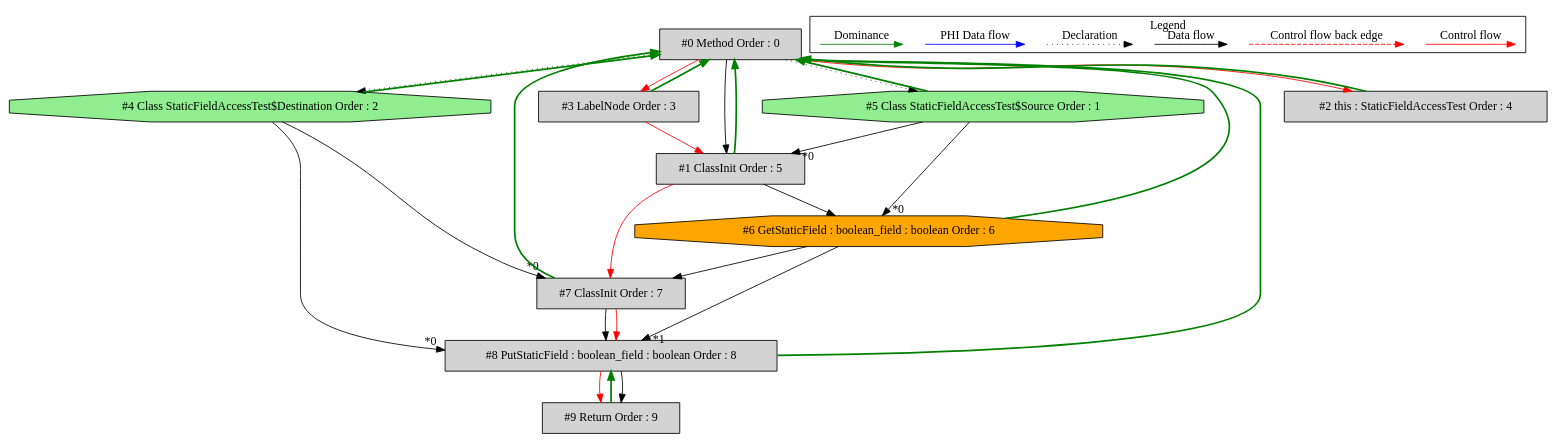
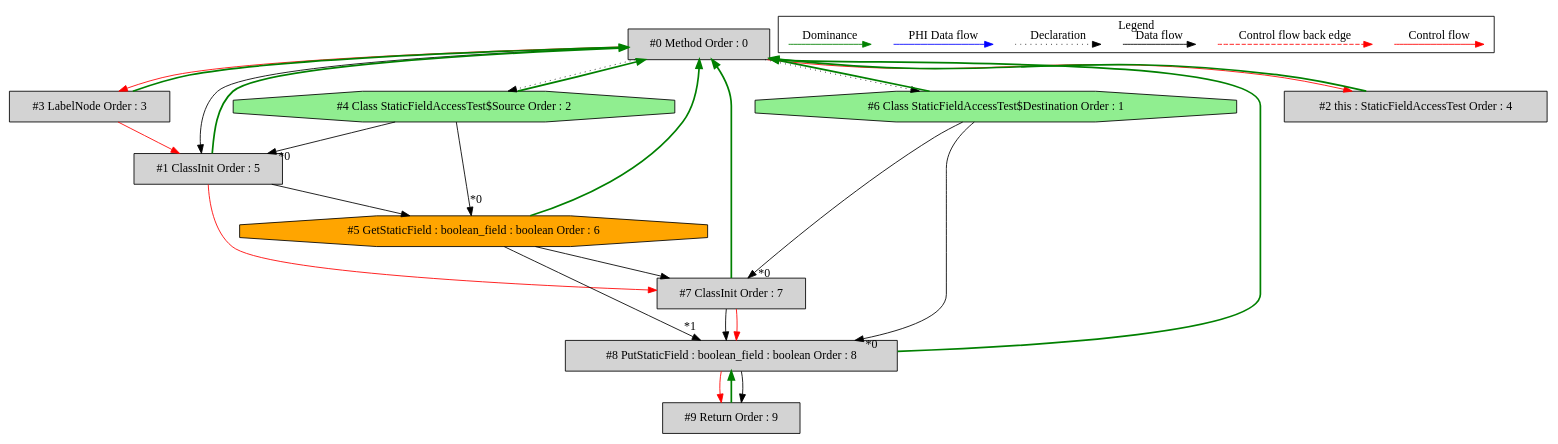
The diagram in de.mirkosertic.metair.ir.examples.StaticFieldAccessTest/copy_boolean/ir_dominatortree.dot (mirkosertic/MetaIR), drawn with Graphviz before and after one commit. The commit also changed 506 other files, not shown here.

```diff
--- a/de.mirkosertic.metair.ir.examples.StaticFieldAccessTest/copy_boolean/ir_dominatortree.dot
+++ b/de.mirkosertic.metair.ir.examples.StaticFieldAccessTest/copy_boolean/ir_dominatortree.dot
@@ -1,65 +1,65 @@
 digraph debugoutput {
  node0[label="#0 Method Order : 0",shape=box, fillcolor=lightgrey, style=filled];
  node1[label="#1 ClassInit Order : 5",shape=box, fillcolor=lightgrey, style=filled];
  node1 -> node0[dir="forward" color="green" penwidth="2"];
- node5 -> node1[headlabel="*0", labeldistance=2];
+ node4 -> node1[headlabel="*0", labeldistance=2];
  node0 -> node1;
  node3 -> node1[labeldistance=2, color=red, fontcolor=red];
  node2[label="#2 this : StaticFieldAccessTest Order : 4",shape=box, fillcolor=lightgrey, style=filled];
  node2 -> node0[dir="forward" color="green" penwidth="2"];
  node0 -> node2[labeldistance=2, color=red, fontcolor=red];
  node3[label="#3 LabelNode Order : 3",shape=box, fillcolor=lightgrey, style=filled];
  node3 -> node0[dir="forward" color="green" penwidth="2"];
  node0 -> node3[labeldistance=2, color=red, fontcolor=red];
- node4[label="#4 Class StaticFieldAccessTest$Destination Order : 2",shape=octagon, fillcolor=lightgreen, style=filled];
+ node4[label="#4 Class StaticFieldAccessTest$Source Order : 2",shape=octagon, fillcolor=lightgreen, style=filled];
  node4 -> node0[dir="forward" color="green" penwidth="2"];
  node0 -> node4[style=dotted];
- node5[label="#5 Class StaticFieldAccessTest$Source Order : 1",shape=octagon, fillcolor=lightgreen, style=filled];
+ node5[label="#5 GetStaticField : boolean_field : boolean Order : 6",shape=octagon, fillcolor=orange, style=filled];
  node5 -> node0[dir="forward" color="green" penwidth="2"];
- node0 -> node5[style=dotted];
- node6[label="#6 GetStaticField : boolean_field : boolean Order : 6",shape=octagon, fillcolor=orange, style=filled];
+ node4 -> node5[headlabel="*0", labeldistance=2];
+ node1 -> node5;
+ node6[label="#6 Class StaticFieldAccessTest$Destination Order : 1",shape=octagon, fillcolor=lightgreen, style=filled];
  node6 -> node0[dir="forward" color="green" penwidth="2"];
- node5 -> node6[headlabel="*0", labeldistance=2];
- node1 -> node6;
+ node0 -> node6[style=dotted];
  node7[label="#7 ClassInit Order : 7",shape=box, fillcolor=lightgrey, style=filled];
  node7 -> node0[dir="forward" color="green" penwidth="2"];
- node4 -> node7[headlabel="*0", labeldistance=2];
- node6 -> node7;
+ node6 -> node7[headlabel="*0", labeldistance=2];
+ node5 -> node7;
  node1 -> node7[labeldistance=2, color=red, fontcolor=red];
  node8[label="#8 PutStaticField : boolean_field : boolean Order : 8",shape=box, fillcolor=lightgrey, style=filled];
  node8 -> node0[dir="forward" color="green" penwidth="2"];
- node4 -> node8[headlabel="*0", labeldistance=2];
- node6 -> node8[headlabel="*1", labeldistance=2];
+ node6 -> node8[headlabel="*0", labeldistance=2];
+ node5 -> node8[headlabel="*1", labeldistance=2];
  node7 -> node8;
  node7 -> node8[labeldistance=2, color=red, fontcolor=red];
  node9[label="#9 Return Order : 9",shape=box, fillcolor=lightgrey, style=filled];
  node9 -> node8[dir="forward" color="green" penwidth="2"];
  node8 -> node9[labeldistance=2, color=red, fontcolor=red];
  node8 -> node9;
  subgraph cluster_000 {
   label = "Legend";
   node [shape=point]
   {
    rank=same;
    c0 [style = invis];
    c1 [style = invis];
    c2 [style = invis];
    c3 [style = invis];
    d0 [style = invis];
    d1 [style = invis];
    d2 [style = invis];
    d3 [style = invis];
    d4 [style = invis];
    d5 [style = invis];
    d6 [style = invis];
    d7 [style = invis];
   }
   c0 -> c1 [label="Control flow", style=solid, color=red]
   c2 -> c3 [label="Control flow back edge", style=dashed, color=red]
   d0 -> d1 [label="Data flow"]
   d2 -> d3 [label="Declaration", style=dotted]
   d4 -> d5 [label="PHI Data flow", color=blue]
   d6 -> d7 [label="Dominance", color=green]
  }
 
 }
```
